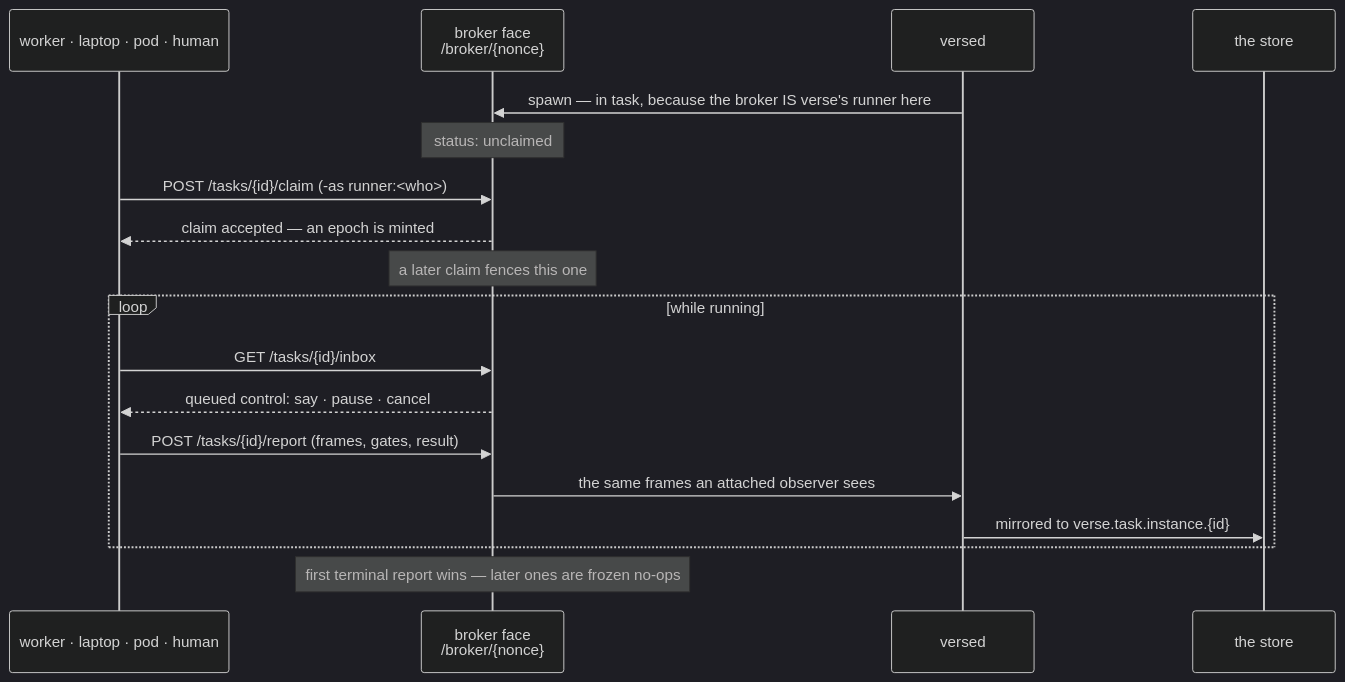
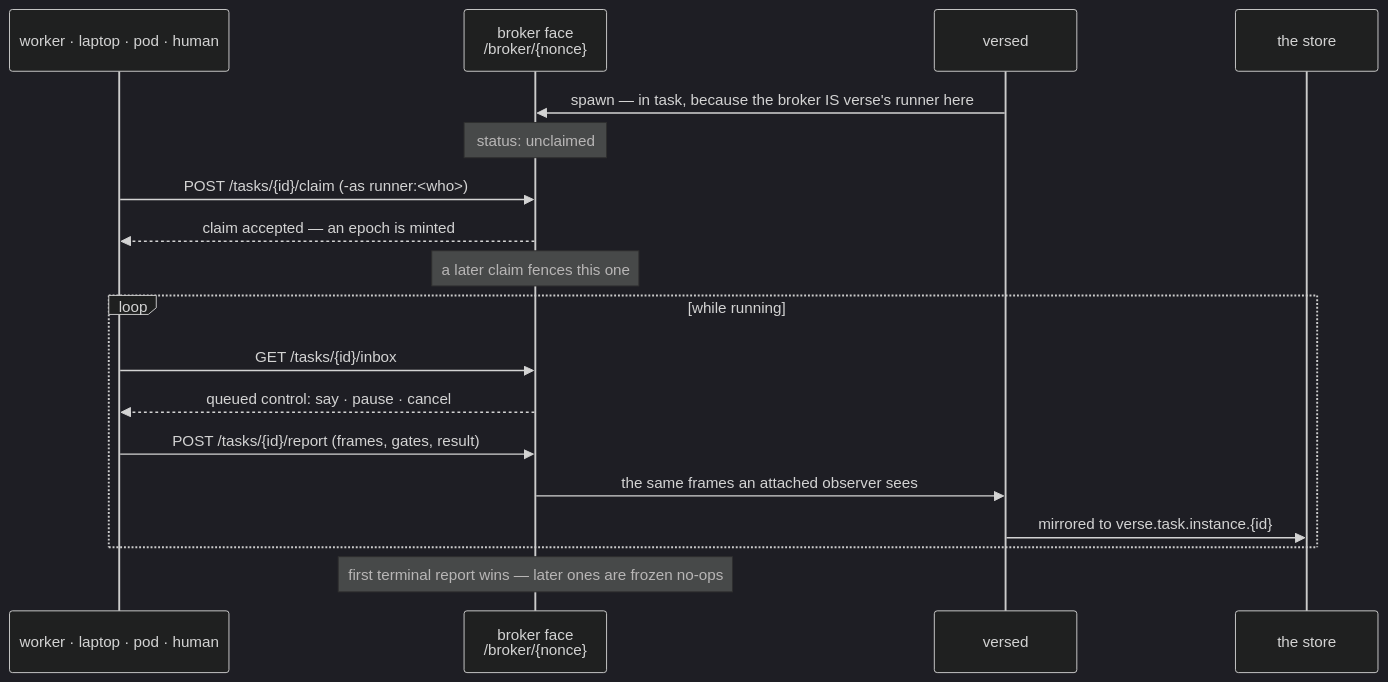
The third of 4 diagrams in docs/seams.md (signadot/viff), drawn with Mermaid (dark theme) before and after one commit. The commit also changed other lines of this file and 31 other files, not shown here.

````diff
--- a/docs/seams.md
+++ b/docs/seams.md
@@ -188,21 +193,21 @@
 ```mermaid
 sequenceDiagram
   participant W as worker · laptop · pod · human
   participant B as broker face<br/>/broker/{nonce}
   participant V as versed
   participant S as the store
 
   V->>B: spawn — in task, because the broker IS verse's runner here
   Note over B: status: unclaimed
-  W->>B: POST /tasks/{id}/claim  (-as runner:<who>)
+  W->>B: POST /tasks/{id}/claim  (-as runner:#lt;who#gt;)
   B-->>W: claim accepted — an epoch is minted
   Note over B: a later claim fences this one
   loop while running
     W->>B: GET /tasks/{id}/inbox
     B-->>W: queued control: say · pause · cancel
     W->>B: POST /tasks/{id}/report (frames, gates, result)
     B->>V: the same frames an attached observer sees
     V->>S: mirrored to verse.task.instance.{id}
   end
   Note over B: first terminal report wins — later ones are frozen no-ops
 ```
````
